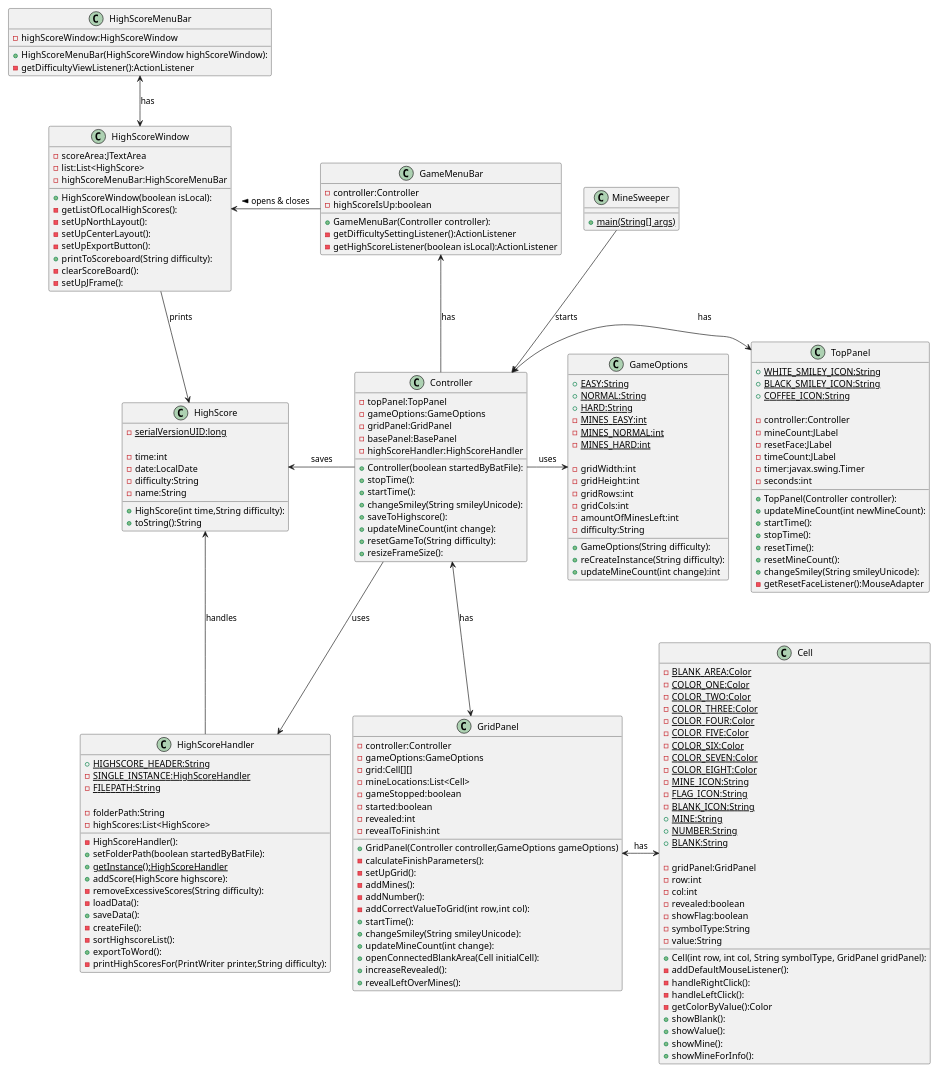
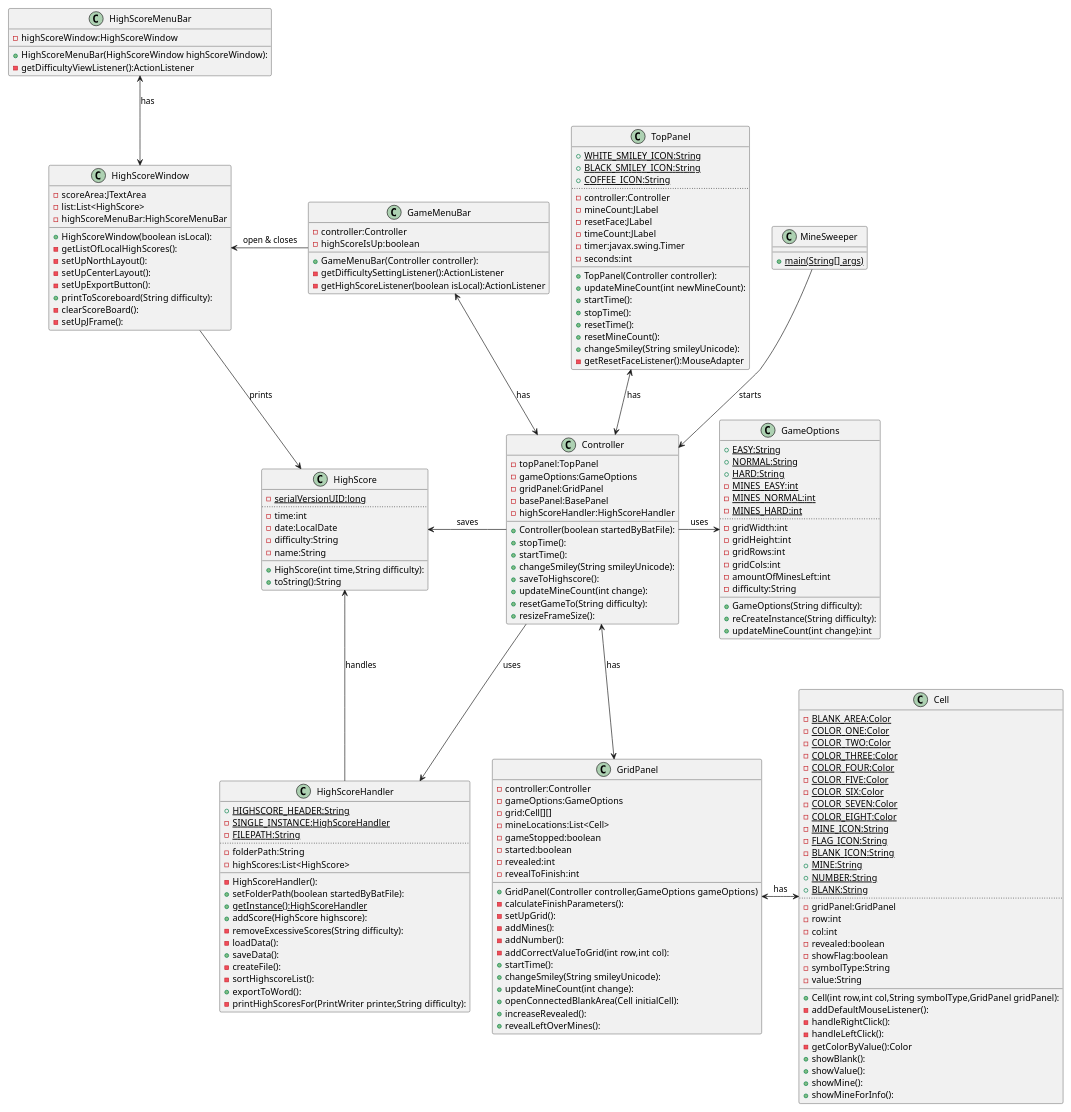
The diagram in class-schema.puml (TomasDahlander/minesweeper), drawn with PlantUML before and after one commit. The commit also changed 1 other file, not shown here.

Commit message:
Updated class schema

```diff
--- a/class-schema.puml
+++ b/class-schema.puml
@@ -1,184 +1,189 @@
 @startuml
 scale 0.8
 class MineSweeper{
      {static}+main(String[] args)
 }
 class Controller{
     -topPanel:TopPanel
     -gameOptions:GameOptions
     -gridPanel:GridPanel
     -basePanel:BasePanel
     -highScoreHandler:HighScoreHandler
     +Controller(boolean startedByBatFile):
     +stopTime():
     +startTime():
     +changeSmiley(String smileyUnicode):
     +saveToHighscore():
     +updateMineCount(int change):
     +resetGameTo(String difficulty):
     +resizeFrameSize():
 }
 class HighScoreHandler{
     {static}+HIGHSCORE_HEADER:String
     {static}-SINGLE_INSTANCE:HighScoreHandler
     {static}-FILEPATH:String
-
+    ..
     -folderPath:String
     -highScores:List<HighScore>
+    __
     -HighScoreHandler():
     +setFolderPath(boolean startedByBatFile):
     {static}+getInstance():HighScoreHandler
     +addScore(HighScore highscore):
     -removeExcessiveScores(String difficulty):
     -loadData():
     +saveData():
     -createFile():
     -sortHighscoreList():
     +exportToWord():
     -printHighScoresFor(PrintWriter printer,String difficulty):
 }
 class GameOptions{
     {static}+EASY:String
     {static}+NORMAL:String
     {static}+HARD:String
     {static}-MINES_EASY:int
     {static}-MINES_NORMAL:int
     {static}-MINES_HARD:int
-
+    ..
     -gridWidth:int
     -gridHeight:int
     -gridRows:int
     -gridCols:int
     -amountOfMinesLeft:int
     -difficulty:String
+    __
     +GameOptions(String difficulty):
     +reCreateInstance(String difficulty):
     +updateMineCount(int change):int
 }
 class TopPanel{
     {static}+WHITE_SMILEY_ICON:String
     {static}+BLACK_SMILEY_ICON:String
     {static}+COFFEE_ICON:String
-
+    ..
     -controller:Controller
     -mineCount:JLabel
     -resetFace:JLabel
     -timeCount:JLabel
     -timer:javax.swing.Timer
     -seconds:int
+    __
     +TopPanel(Controller controller):
     +updateMineCount(int newMineCount):
     +startTime():
     +stopTime():
     +resetTime():
     +resetMineCount():
     +changeSmiley(String smileyUnicode):
     -getResetFaceListener():MouseAdapter
 }
 class GridPanel{
     -controller:Controller
     -gameOptions:GameOptions
     -grid:Cell[][]
     -mineLocations:List<Cell>
     -gameStopped:boolean
     -started:boolean
     -revealed:int
     -revealToFinish:int
     +GridPanel(Controller controller,GameOptions gameOptions)
     -calculateFinishParameters():
     -setUpGrid():
     -addMines():
     -addNumber():
     -addCorrectValueToGrid(int row,int col):
     +startTime():
     +changeSmiley(String smileyUnicode):
     +updateMineCount(int change):
     +openConnectedBlankArea(Cell initialCell):
     +increaseRevealed():
     +revealLeftOverMines():
 }
 class GameMenuBar{
     -controller:Controller
     -highScoreIsUp:boolean
     +GameMenuBar(Controller controller):
     -getDifficultySettingListener():ActionListener
     -getHighScoreListener(boolean isLocal):ActionListener
 }
 class HighScore{
     {static}-serialVersionUID:long
-
+    ..
     -time:int
     -date:LocalDate
     -difficulty:String
     -name:String
+    __
     +HighScore(int time,String difficulty):
     +toString():String
 }
 class HighScoreMenuBar{
     -highScoreWindow:HighScoreWindow
     +HighScoreMenuBar(HighScoreWindow highScoreWindow):
     -getDifficultyViewListener():ActionListener
 }
 class HighScoreWindow{
     -scoreArea:JTextArea
     -list:List<HighScore>
     -highScoreMenuBar:HighScoreMenuBar
     +HighScoreWindow(boolean isLocal):
     -getListOfLocalHighScores():
     -setUpNorthLayout():
     -setUpCenterLayout():
     -setUpExportButton():
     +printToScoreboard(String difficulty):
     -clearScoreBoard():
     -setUpJFrame():
 }
 
 class Cell{
     {static}-BLANK_AREA:Color
     {static}-COLOR_ONE:Color
     {static}-COLOR_TWO:Color
     {static}-COLOR_THREE:Color
     {static}-COLOR_FOUR:Color
     {static}-COLOR_FIVE:Color
     {static}-COLOR_SIX:Color
     {static}-COLOR_SEVEN:Color
     {static}-COLOR_EIGHT:Color
     {static}-MINE_ICON:String
     {static}-FLAG_ICON:String
     {static}-BLANK_ICON:String
     {static}+MINE:String
     {static}+NUMBER:String
     {static}+BLANK:String
-
+    ..
     -gridPanel:GridPanel
     -row:int
     -col:int
     -revealed:boolean
     -showFlag:boolean
     -symbolType:String
     -value:String
-    +Cell(int row, int col, String symbolType, GridPanel gridPanel):
+    __
+    +Cell(int row,int col,String symbolType,GridPanel gridPanel):
     -addDefaultMouseListener():
     -handleRightClick():
     -handleLeftClick():
     -getColorByValue():Color
     +showBlank():
     +showValue():
     +showMine():
     +showMineForInfo():
 }
 
 MineSweeper --> Controller : starts
 Controller -> HighScoreHandler : uses
-Controller <-r-> TopPanel : has
+Controller <-u-> TopPanel : has
+Controller <-u-> GameMenuBar : has
 Controller -r-> GameOptions : uses
 Controller <-d-> GridPanel : has
-Controller -u-> GameMenuBar : has
 Controller -l-> HighScore : saves
 GridPanel <-r-> Cell : has
-GameMenuBar -l-> HighScoreWindow : opens & closes >
+GameMenuBar -l-> HighScoreWindow : open & closes
 HighScoreWindow <-u-> HighScoreMenuBar : has
 HighScoreWindow -d-> HighScore : prints
 HighScoreHandler --> HighScore : handles
 
 @enduml
```
